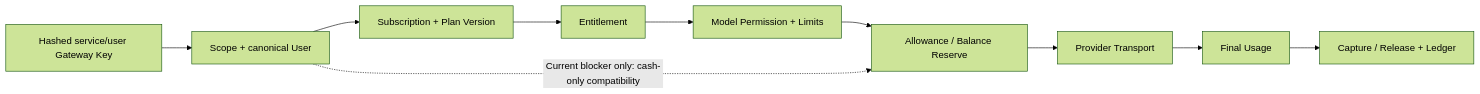
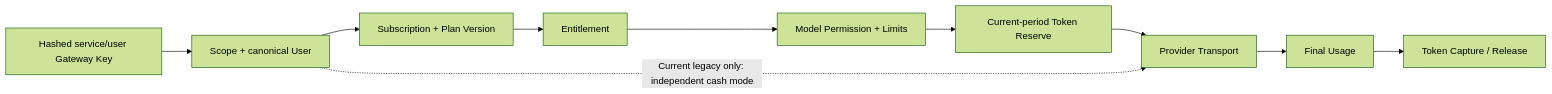
Before and after one commit to glide-the/dream-im-platform: the diagram in docs/prd/modules/05-gateway.md, drawn with Mermaid (forest theme). The commit also changed other lines of this file and 53 other files, not shown here.

````diff
--- a/docs/prd/modules/05-gateway.md
+++ b/docs/prd/modules/05-gateway.md
@@ -33,11 +33,11 @@
 ```mermaid
 flowchart LR
   K["Hashed service/user Gateway Key"] --> Q["Scope + canonical User"]
   Q --> S["Subscription + Plan Version"] --> E["Entitlement"]
   E --> M["Model Permission + Limits"]
-  M --> B["Allowance / Balance Reserve"]
+  M --> B["Current-period Token Reserve"]
   B --> P["Provider Transport"]
   P --> U["Final Usage"]
-  U --> C["Capture / Release + Ledger"]
-  Q -. "Current blocker only: cash-only compatibility" .-> B
+  U --> C["Token Capture / Release"]
+  Q -. "Current legacy only: independent cash mode" .-> P
 ```
````
